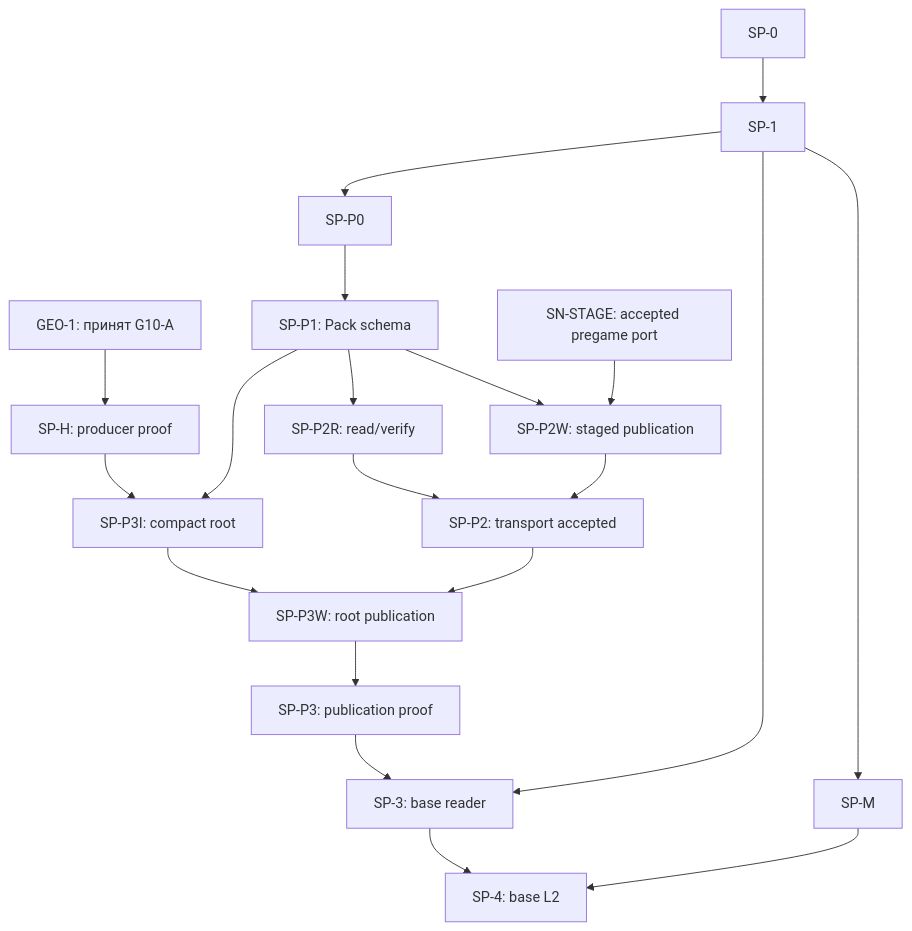
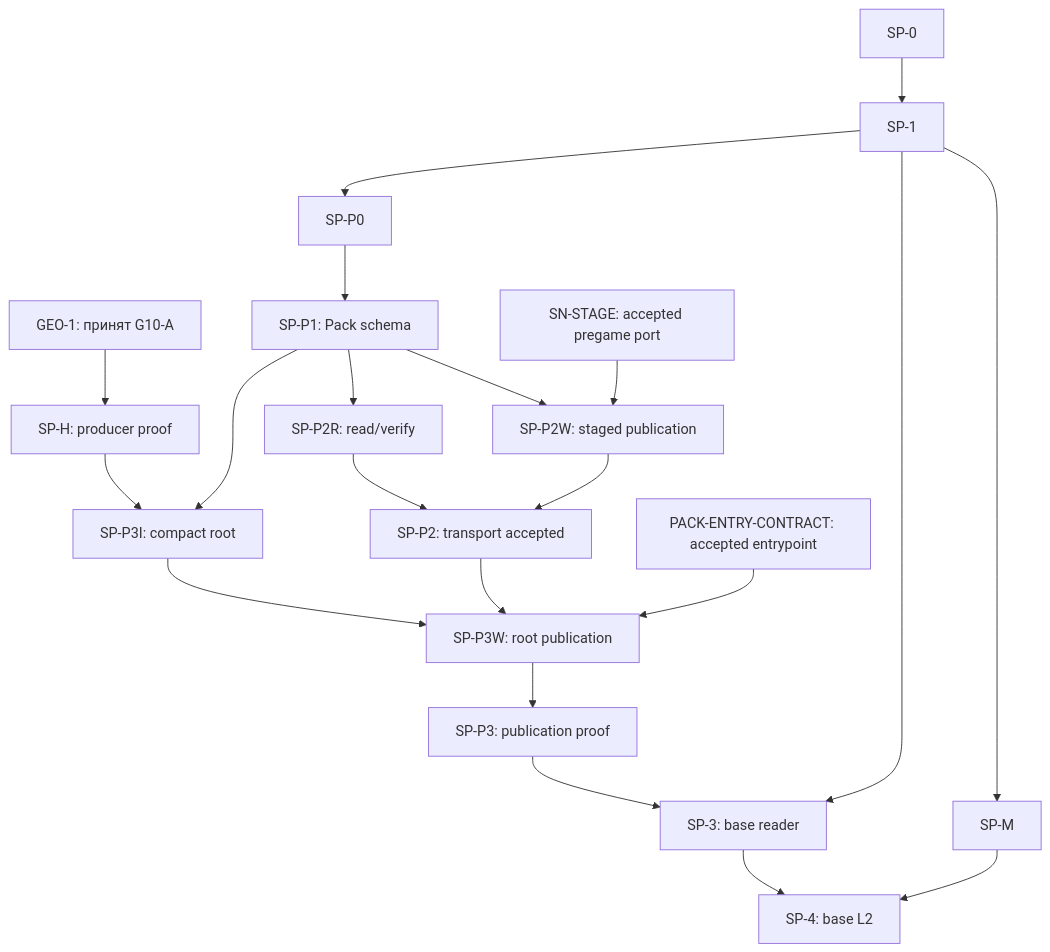
The first of 2 diagrams in .cursor/plans/world-generation-plan-dependency-graph.md (AndrewBondaren/AI-Project), drawn with Mermaid before and after one commit. The commit also changed other lines of this file and 4 other files, not shown here.

Commit message:
docs: update architectural documentation for clarity and versioning across multiple plans

````diff
--- a/.cursor/plans/world-generation-plan-dependency-graph.md
+++ b/.cursor/plans/world-generation-plan-dependency-graph.md
@@ -49,22 +49,23 @@
 ```mermaid
 flowchart TD
     G["GEO-1: принят G10-A"] --> H["SP-H: producer proof"]
     S0["SP-0"] --> S1["SP-1"]
     S1 --> P0["SP-P0"]
     S1 --> M["SP-M"]
     P0 --> P1["SP-P1: Pack schema"]
     P1 --> PR["SP-P2R: read/verify"]
     P1 --> PW["SP-P2W: staged publication"]
     ST["SN-STAGE: accepted pregame port"] --> PW
     PR --> P2["SP-P2: transport accepted"]
     PW --> P2
     H --> I["SP-P3I: compact root"]
     P1 --> I
     I --> W["SP-P3W: root publication"]
     P2 --> W
+    PC["PACK-ENTRY-CONTRACT: accepted entrypoint"] --> W
     W --> P3["SP-P3: publication proof"]
     P3 --> R["SP-3: base reader"]
     S1 --> R
     R --> L2["SP-4: base L2"]
     M --> L2
 ```
````
